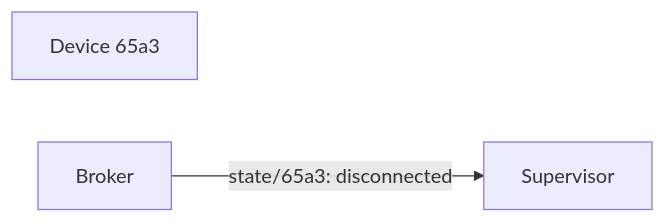
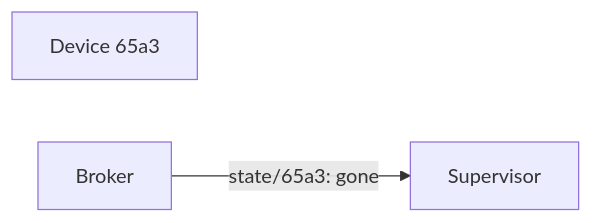
Before and after one commit to rsmp-nordic/core_v4: the third of 3 diagrams in connect.md, drawn with Mermaid. The commit also changed other lines of this file and 3 other files, not shown here.

````diff
--- a/connect.md
+++ b/connect.md
@@ -31,5 +28,5 @@
 ```mermaid
  graph LR;
       A[Device 65a3]
-      Broker-->|state/65a3: disconnected| Supervisor;
+      Broker-->|state/65a3: gone| Supervisor;
 ```
````
